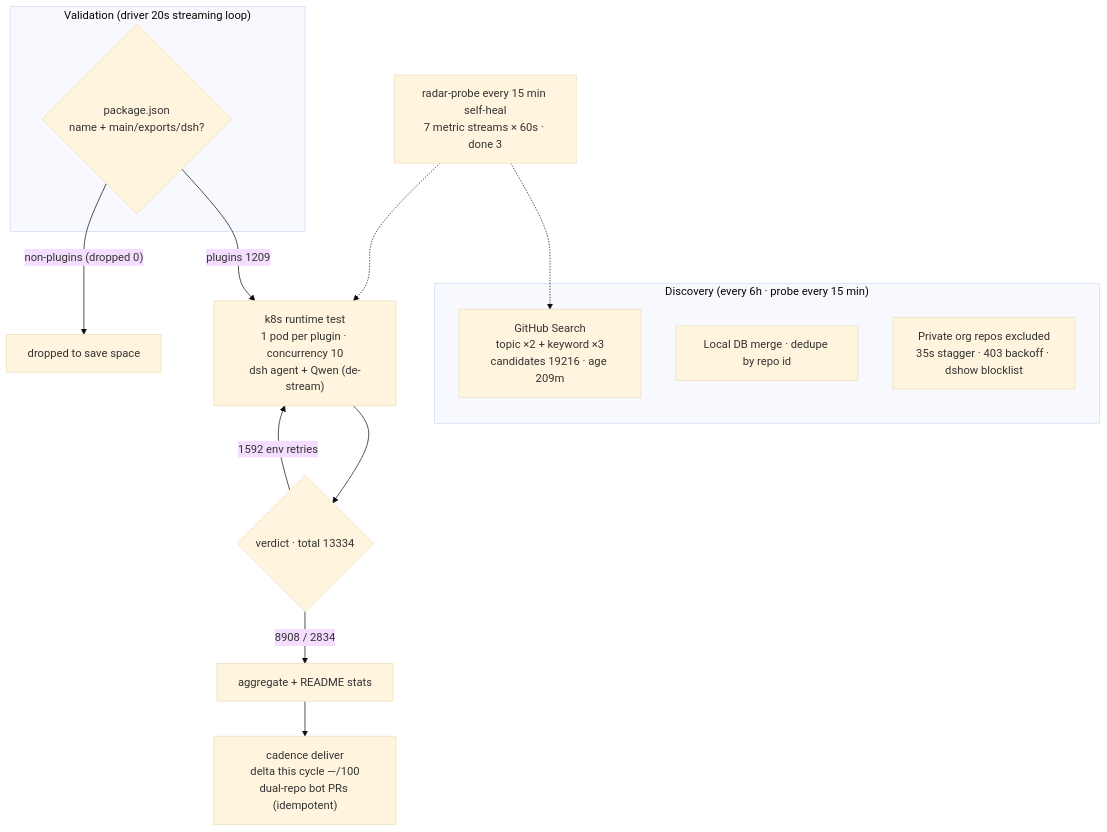
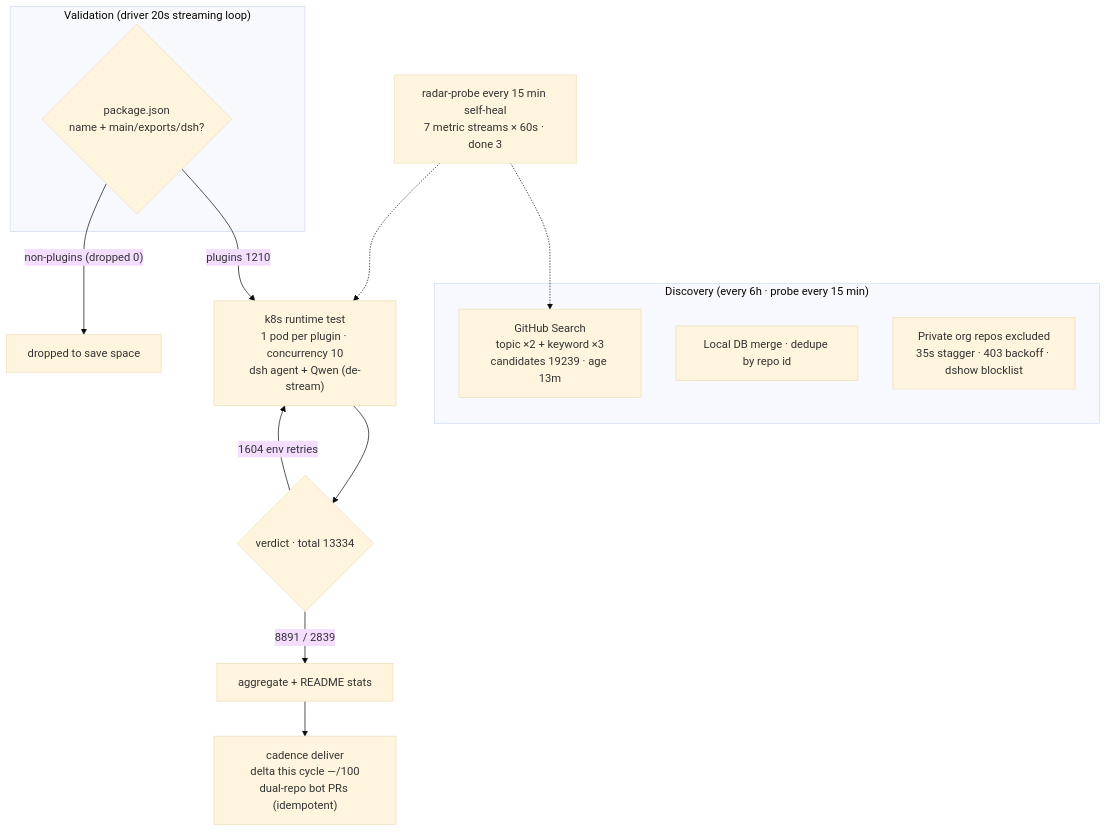
The diagram in README.en-US.md (AdamPlatin123/dsh-plugin-radar), drawn with Mermaid (base theme) before and after one commit. The commit also changed other lines of this file and 16 other files, not shown here.

````diff
--- a/README.en-US.md
+++ b/README.en-US.md
@@ -45,20 +45,20 @@
 ```mermaid
 flowchart TB
     subgraph Discovery["Discovery (every 6h · probe every 15 min)"]
-        A1["GitHub Search<br/>topic ×2 + keyword ×3<br/>candidates 19216 · age 209m"]
+        A1["GitHub Search<br/>topic ×2 + keyword ×3<br/>candidates 19239 · age 13m"]
         A2["Local DB merge · dedupe by repo id"]
         A3["Private org repos excluded<br/>35s stagger · 403 backoff · dshow blocklist"]
     end
     subgraph Validation["Validation (driver 20s streaming loop)"]
         B1{"package.json<br/>name + main/exports/dsh?"}
     end
-    B1 -->|"plugins 1209"| C1["k8s runtime test<br/>1 pod per plugin · concurrency 10<br/>dsh agent + Qwen (de-stream)"]
+    B1 -->|"plugins 1210"| C1["k8s runtime test<br/>1 pod per plugin · concurrency 10<br/>dsh agent + Qwen (de-stream)"]
     B1 -->|"non-plugins (dropped 0)"| B3["dropped to save space"]
     C1 --> D1{"verdict · total 13334"}
-    D1 -->|"8908 / 2834"| E1["aggregate + README stats"]
-    D1 -->|"1592 env retries"| C1
+    D1 -->|"8891 / 2839"| E1["aggregate + README stats"]
+    D1 -->|"1604 env retries"| C1
     E1 --> E2["cadence deliver<br/>delta this cycle —/100<br/>dual-repo bot PRs (idempotent)"]
     M["radar-probe every 15 min self-heal<br/>7 metric streams × 60s · done 3"]
     M -.-> A1
     M -.-> C1
 ```
````
